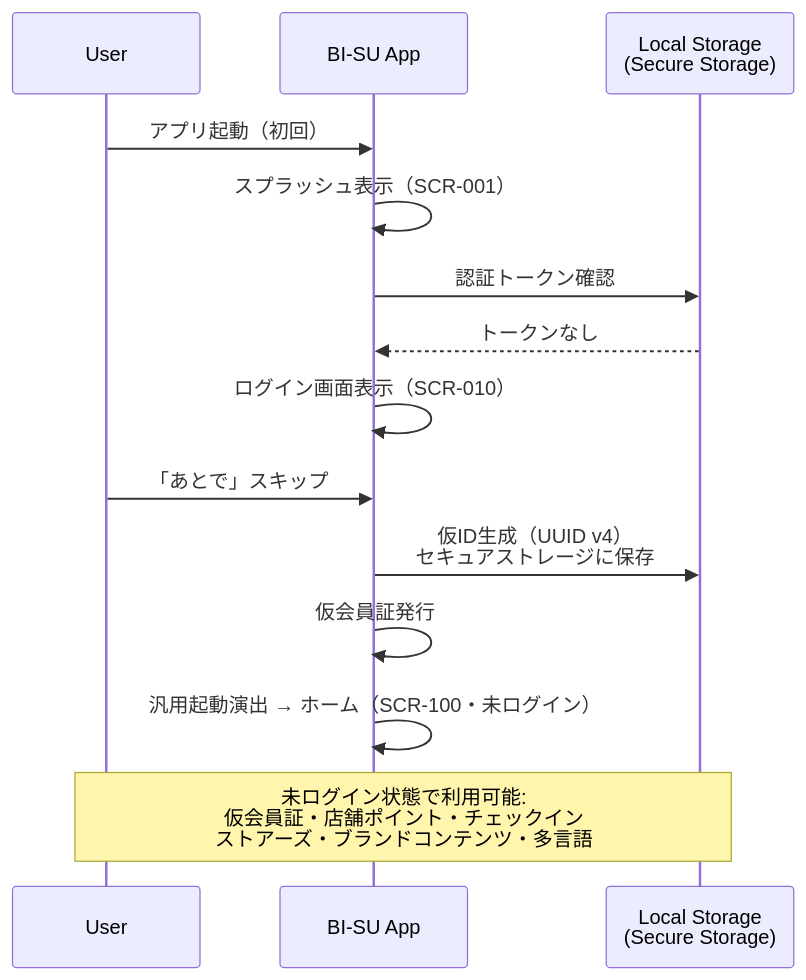
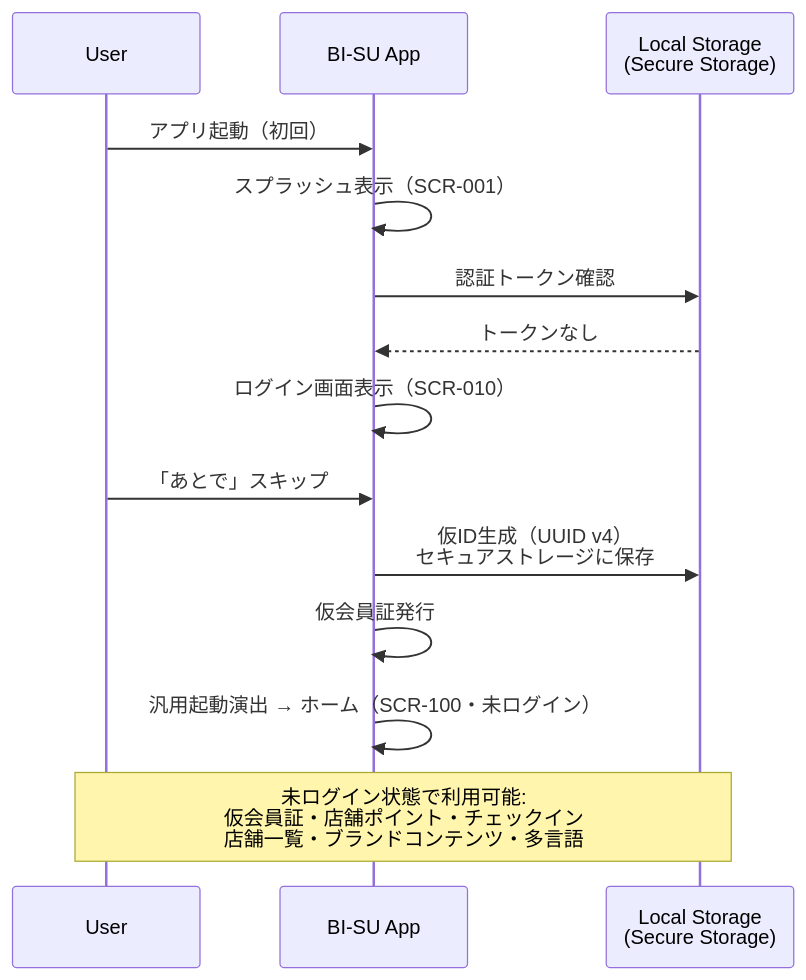
The first of 24 diagrams in docs/05_シーケンス図.md (YukaHasebe/bi-su-app), drawn with Mermaid before and after one commit. The commit also changed other lines of this file and 7 other files, not shown here.

First line of the commit message:
docs: ストアーズ→店舗一覧 全置換・マップビューをGoogle Maps化・素材仕様追加

````diff
--- a/docs/05_シーケンス図.md
+++ b/docs/05_シーケンス図.md
@@ -18,18 +18,18 @@
 ```mermaid
 sequenceDiagram
     participant U as User
     participant App as BI-SU App
     participant LS as Local Storage<br/>(Secure Storage)
 
     U->>App: アプリ起動（初回）
     App->>App: スプラッシュ表示（SCR-001）
     App->>LS: 認証トークン確認
     LS-->>App: トークンなし
     App->>App: ログイン画面表示（SCR-010）
     U->>App: 「あとで」スキップ
     App->>LS: 仮ID生成（UUID v4）<br/>セキュアストレージに保存
     App->>App: 仮会員証発行
     App->>App: 汎用起動演出 → ホーム（SCR-100・未ログイン）
 
-    Note over U,LS: 未ログイン状態で利用可能:<br/>仮会員証・店舗ポイント・チェックイン<br/>ストアーズ・ブランドコンテンツ・多言語
+    Note over U,LS: 未ログイン状態で利用可能:<br/>仮会員証・店舗ポイント・チェックイン<br/>店舗一覧・ブランドコンテンツ・多言語
 ```
````
